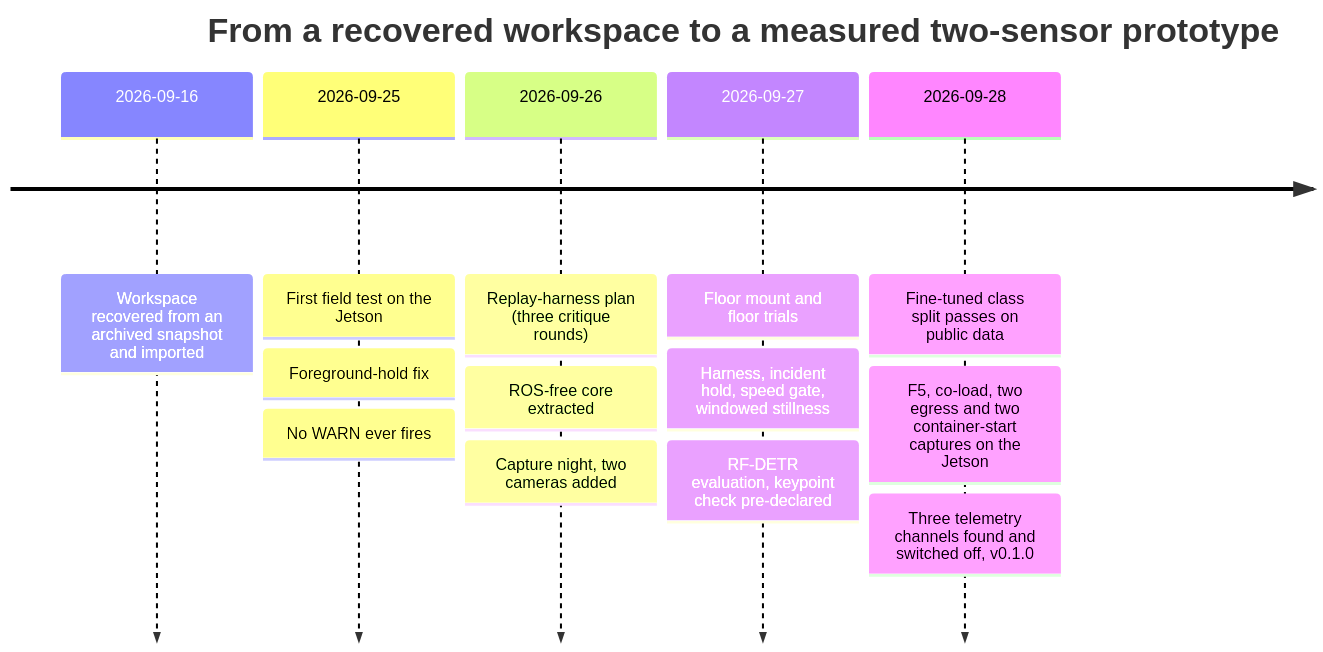
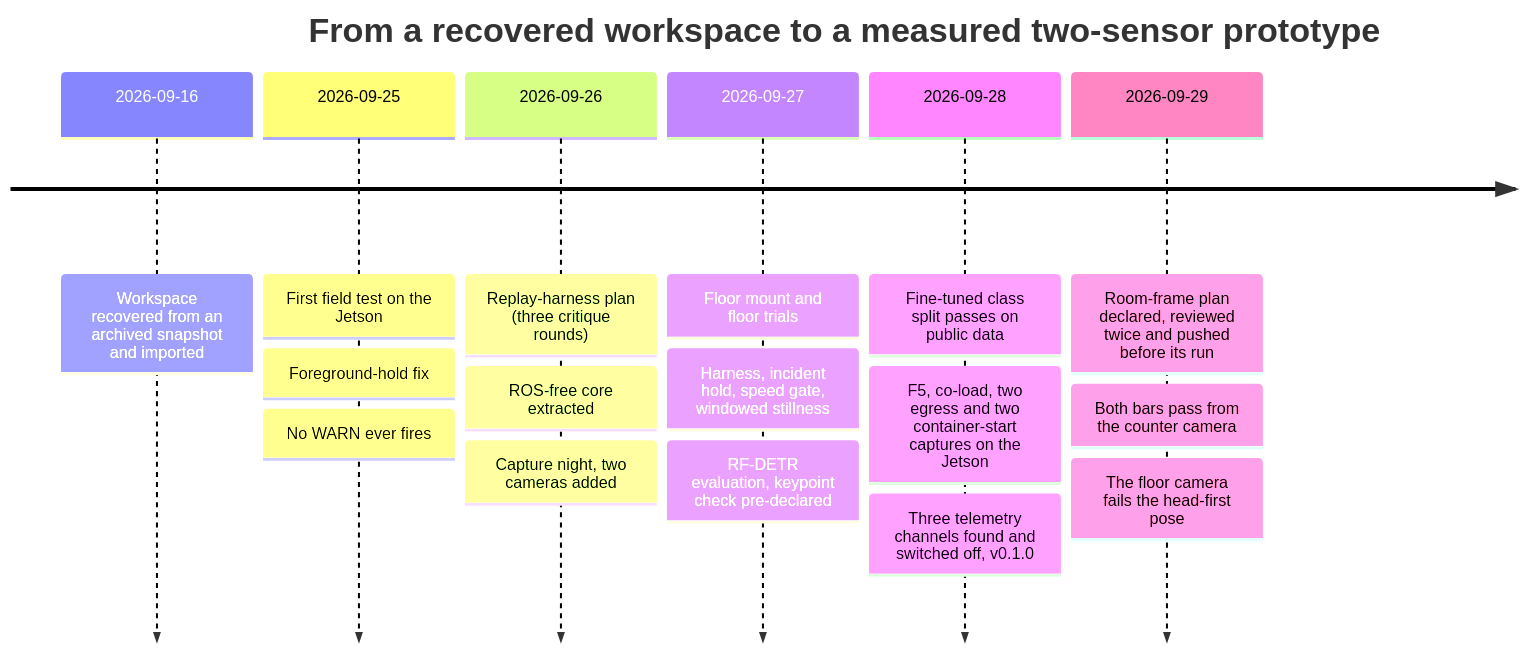
Before and after one commit to JeremyGracey-AI/prevera-guardian-lidar: the diagram in docs/DEVELOPMENT-LOG.md, drawn with Mermaid. The commit also changed other lines of this file and 8 other files, not shown here.

First line of the commit message:
field-tests: room frames scored, R1 and R2 pass from the counter camera; the floor camera fails F

````diff
--- a/docs/DEVELOPMENT-LOG.md
+++ b/docs/DEVELOPMENT-LOG.md
@@ -15,9 +15,10 @@
 ```mermaid
 timeline
     title From a recovered workspace to a measured two-sensor prototype
     2026-09-16 : Workspace recovered from an archived snapshot and imported
     2026-09-25 : First field test on the Jetson : Foreground-hold fix : No WARN ever fires
     2026-09-26 : Replay-harness plan (three critique rounds) : ROS-free core extracted : Capture night, two cameras added
     2026-09-27 : Floor mount and floor trials : Harness, incident hold, speed gate, windowed stillness : RF-DETR evaluation, keypoint check pre-declared
     2026-09-28 : Fine-tuned class split passes on public data : F5, co-load, two egress and two container-start captures on the Jetson : Three telemetry channels found and switched off, v0.1.0
+    2026-09-29 : Room-frame plan declared, reviewed twice and pushed before its run : Both bars pass from the counter camera : The floor camera fails the head-first pose
 ```
````
